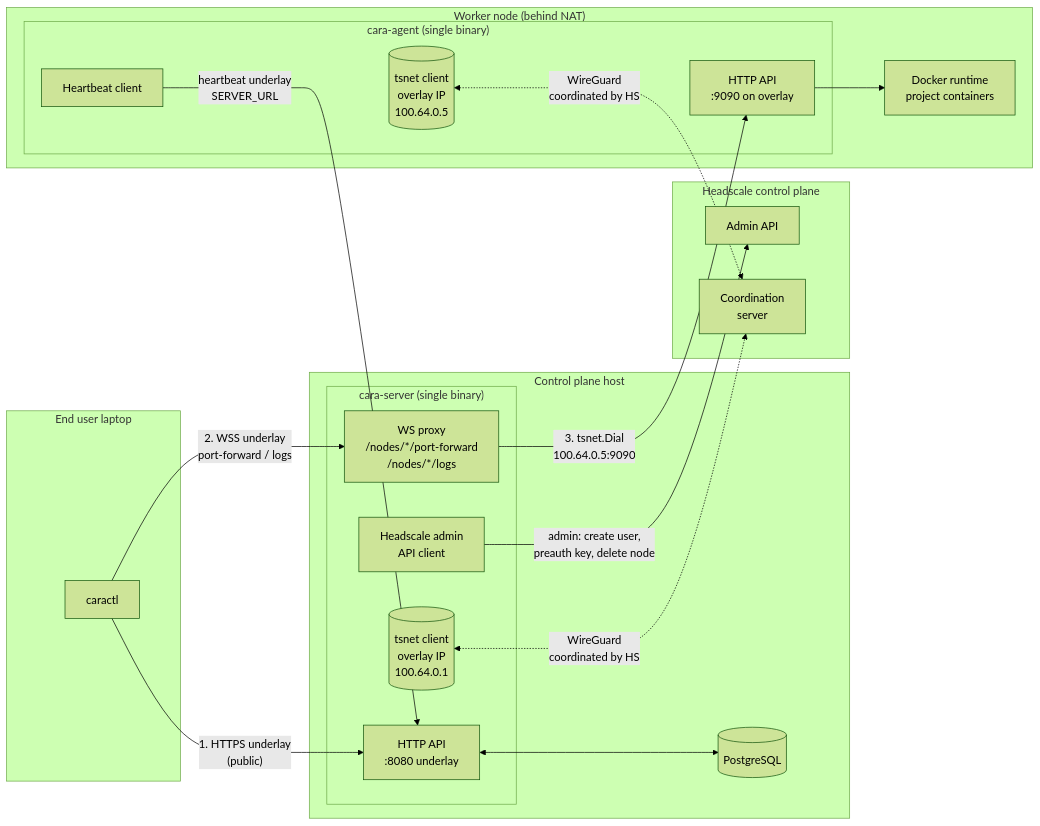
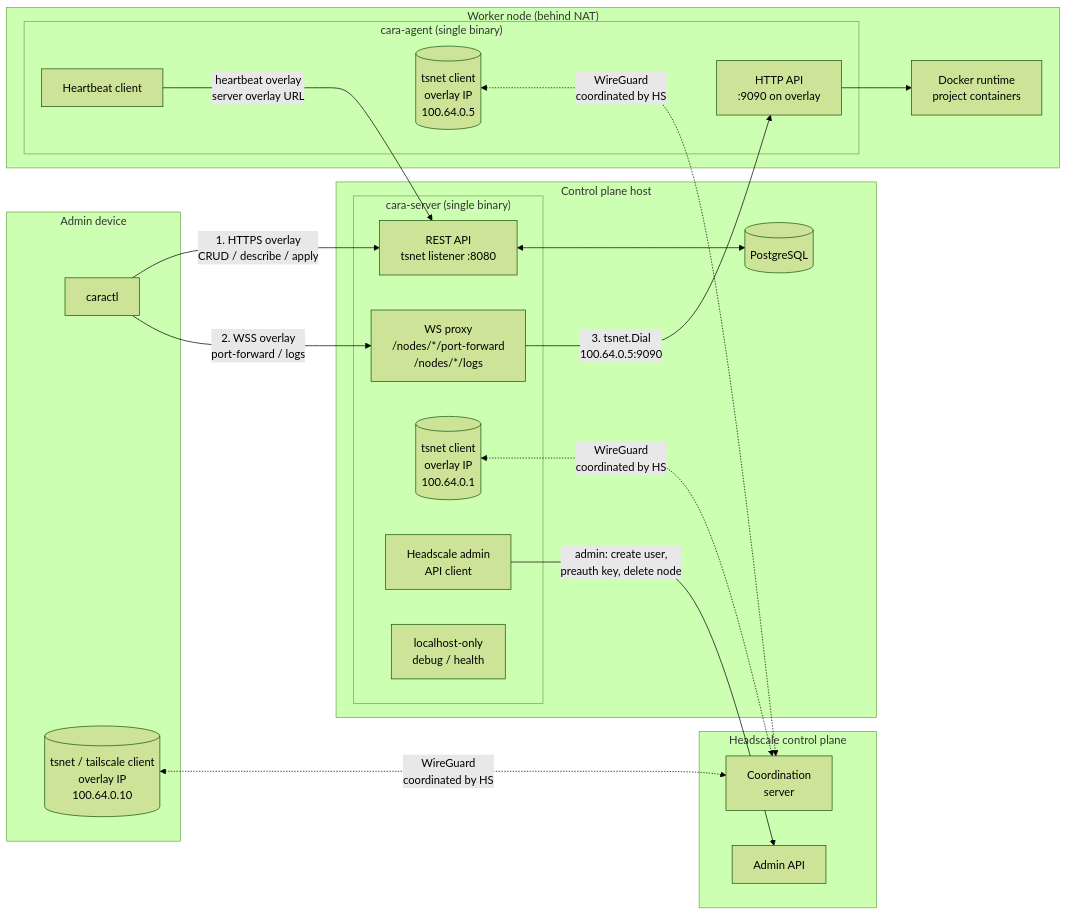
One commit to NYCU-SDC/caravanserai changed the first of 4 diagrams in docs/design/headscale-overlay.md. Above: the diagram before and after it, drawn with Mermaid (forest theme). The commit also changed other lines of this file, not shown here.

Commit message:
docs: make Headscale design overlay-only

````diff
--- a/docs/design/headscale-overlay.md
+++ b/docs/design/headscale-overlay.md
@@ -49,44 +49,47 @@
 ```mermaid
 flowchart LR
-  subgraph User["End user laptop"]
+  subgraph User["Admin device"]
     Ctl[caractl]
+    TsCtl[(tsnet / tailscale client<br/>overlay IP<br/>100.64.0.10)]
   end
 
   subgraph CP["Control plane host"]
     subgraph SrvBin["cara-server (single binary)"]
-      API[HTTP API<br/>:8080 underlay]
+      API[REST API<br/>tsnet listener :8080]
       Proxy[WS proxy<br/>/nodes/*/port-forward<br/>/nodes/*/logs]
       TsSrv[(tsnet client<br/>overlay IP<br/>100.64.0.1)]
       HSClient[Headscale admin<br/>API client]
+      LocalDebug[localhost-only<br/>debug / health]
     end
     DB[(PostgreSQL)]
   end
 
   subgraph HS["Headscale control plane"]
     HSAPI[Admin API]
     HSCoord[Coordination<br/>server]
   end
 
   subgraph N1["Worker node (behind NAT)"]
     subgraph AgBin["cara-agent (single binary)"]
       AgHB[Heartbeat client]
       AgHTTP[HTTP API<br/>:9090 on overlay]
       TsAg[(tsnet client<br/>overlay IP<br/>100.64.0.5)]
     end
     Docker[Docker runtime<br/>project containers]
   end
 
-  Ctl -- "1. HTTPS underlay<br/>(public)" --> API
-  Ctl -- "2. WSS underlay<br/>port-forward / logs" --> Proxy
+  Ctl -- "1. HTTPS overlay<br/>CRUD / describe / apply" --> API
+  Ctl -- "2. WSS overlay<br/>port-forward / logs" --> Proxy
 
   API <--> DB
   HSClient -- "admin: create user,<br/>preauth key, delete node" --> HSAPI
 
+  TsCtl <-. "WireGuard<br/>coordinated by HS" .-> HSCoord
   TsSrv <-. "WireGuard<br/>coordinated by HS" .-> HSCoord
   TsAg  <-. "WireGuard<br/>coordinated by HS" .-> HSCoord
 
   Proxy -- "3. tsnet.Dial<br/>100.64.0.5:9090" --> AgHTTP
-  AgHB -- "heartbeat underlay<br/>SERVER_URL" --> API
+  AgHB -- "heartbeat overlay<br/>server overlay URL" --> API
 
   AgHTTP --> Docker
 ```
````
